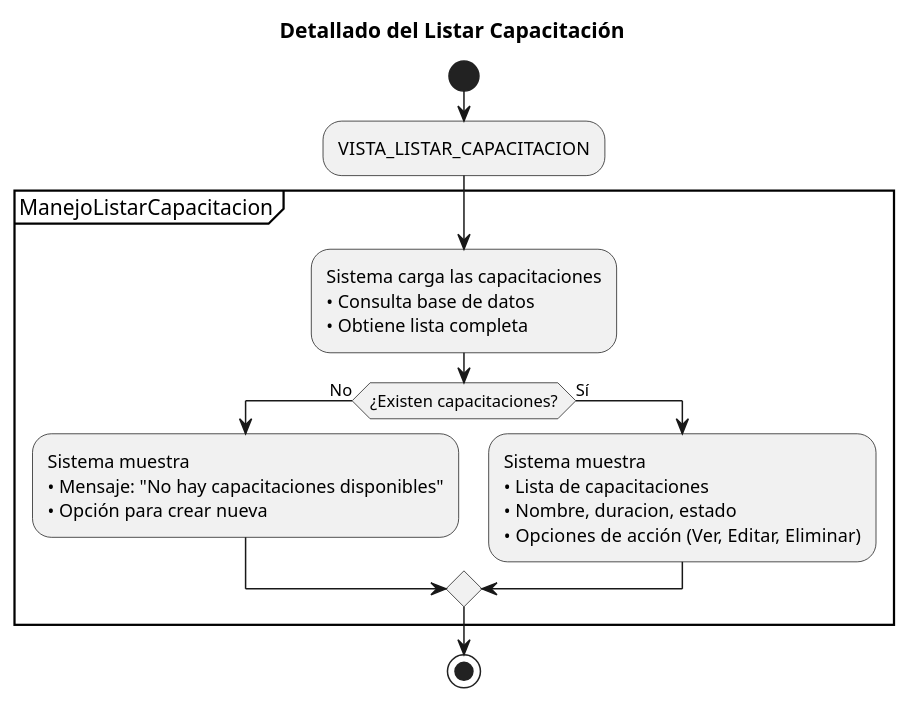
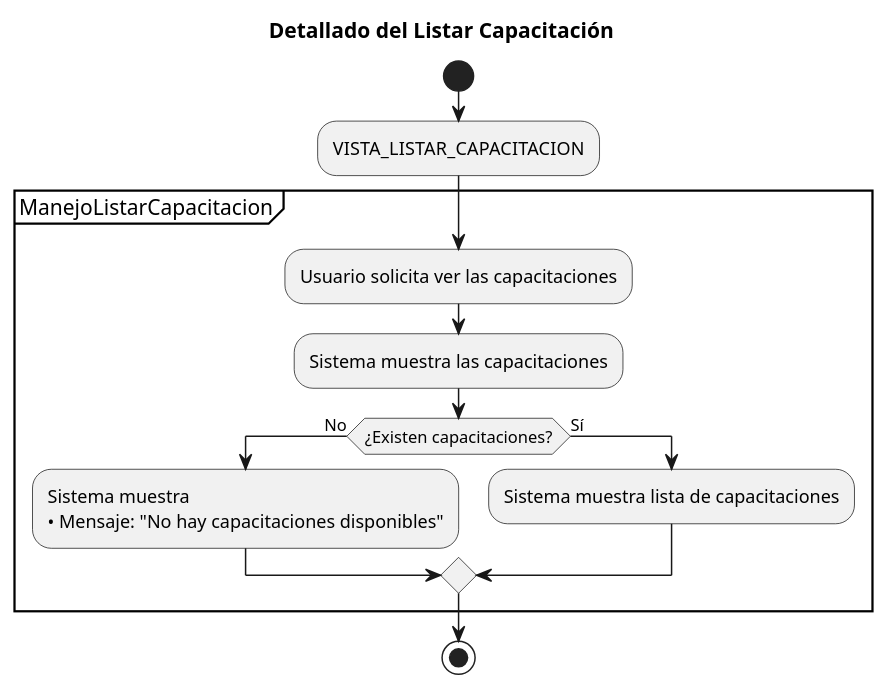
One commit to Dievex/24-25-IdSw1-SDR changed the diagram in casos_de_uso/diagramas_casos_de_uso_detallados/listar_capacitacion.puml. Above: the diagram before and after it, drawn with PlantUML. The commit also changed 9 other files, not shown here.

Commit message:
docs(use-case-diagrams): add system permission steps to detailed use case diagrams

```diff
--- a/casos_de_uso/diagramas_casos_de_uso_detallados/listar_capacitacion.puml
+++ b/casos_de_uso/diagramas_casos_de_uso_detallados/listar_capacitacion.puml
@@ -1,32 +1,26 @@
 @startuml
 title Detallado del Listar Capacitación
 
 start
 
 :VISTA_LISTAR_CAPACITACION;
 
 partition ManejoListarCapacitacion {
+
+  :Usuario solicita ver las capacitaciones;
   
-  :Sistema carga las capacitaciones
-  • Consulta base de datos
-  • Obtiene lista completa;
+  :Sistema muestra las capacitaciones;
   
   if (¿Existen capacitaciones?) then (No)
     :Sistema muestra
-    • Mensaje: "No hay capacitaciones disponibles"
-    • Opción para crear nueva;
+    • Mensaje: "No hay capacitaciones disponibles";
     
   else (Sí)
-    :Sistema muestra
-    • Lista de capacitaciones
-    • Nombre, duracion, estado
-    • Opciones de acción (Ver, Editar, Eliminar);
-    
-
+    :Sistema muestra lista de capacitaciones;
     
   endif
   
 }
 
 stop
 @enduml
```
